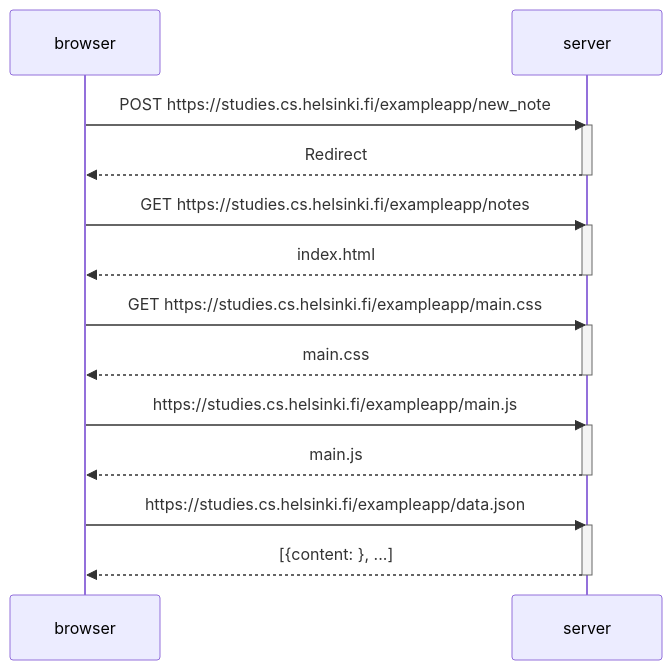
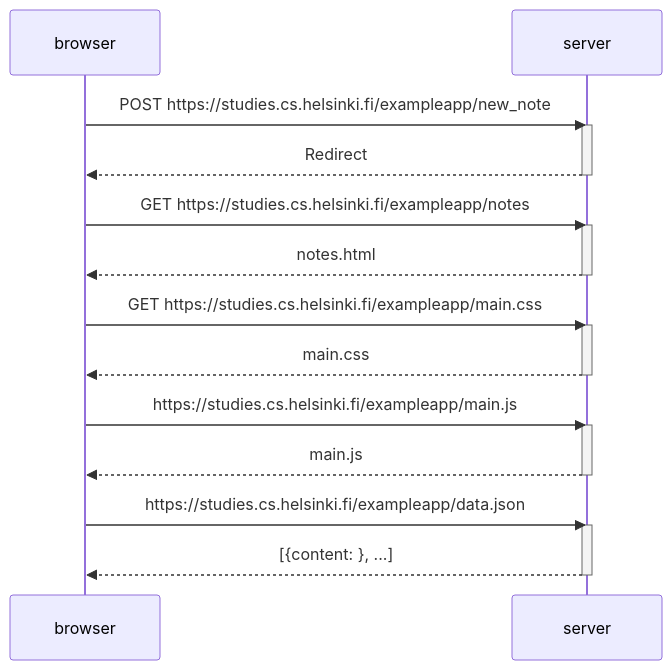
Before and after one commit to juhotuominen/CreativeWriting: the diagram in part0/0.4.md, drawn with Mermaid.

Commit message:
task 0.4

````diff
--- a/part0/0.4.md
+++ b/part0/0.4.md
@@ -1,30 +1,30 @@
 ```mermaid
 sequenceDiagram
     participant browser
     participant server
 
     browser->>server: POST https://studies.cs.helsinki.fi/exampleapp/new_note
     activate server
     server-->>browser: Redirect
     deactivate server
 
     browser->>server:GET https://studies.cs.helsinki.fi/exampleapp/notes
     activate server
-    server-->>browser: index.html
+    server-->>browser: notes.html
     deactivate server
 
     browser->>server:GET https://studies.cs.helsinki.fi/exampleapp/main.css
     activate server
     server-->>browser: main.css
     deactivate server
 
     browser->>server: https://studies.cs.helsinki.fi/exampleapp/main.js
     activate server
     server-->>browser: main.js
     deactivate server
 
     browser->>server: https://studies.cs.helsinki.fi/exampleapp/data.json
     activate server
     server-->>browser: [{content: }, ...]
     deactivate server
 ```
````
